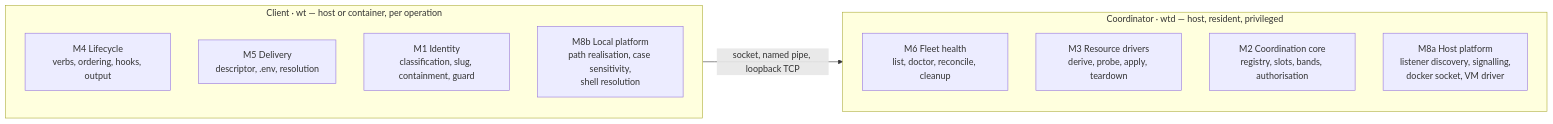
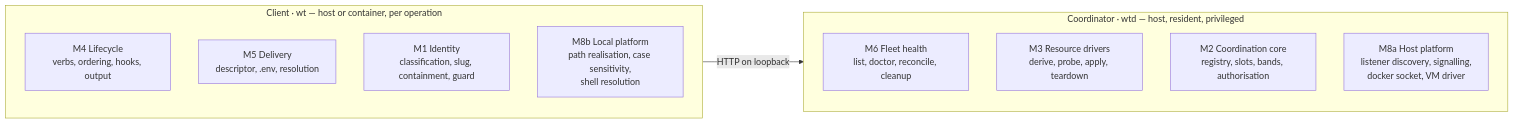
The second of 2 diagrams in docs/ARCHITECTURE.md (tinkerindustries/worktree-manager), drawn with Mermaid before and after one commit. The commit also changed other lines of this file and 8 other files, not shown here.

````diff
--- a/docs/ARCHITECTURE.md
+++ b/docs/ARCHITECTURE.md
@@ -170,16 +174,16 @@
 ```mermaid
 graph LR
     subgraph COORD["Coordinator · wtd — host, resident, privileged"]
         M6["M6 Fleet health<br/>list, doctor, reconcile, cleanup"]
         M3["M3 Resource drivers<br/>derive, probe, apply, teardown"]
         M2["M2 Coordination core<br/>registry, slots, bands, authorisation"]
         M8a["M8a Host platform<br/>listener discovery, signalling,<br/>docker socket, VM driver"]
     end
     subgraph CLIENT["Client · wt — host or container, per operation"]
         M4["M4 Lifecycle<br/>verbs, ordering, hooks, output"]
         M5["M5 Delivery<br/>descriptor, .env, resolution"]
         M1["M1 Identity<br/>classification, slug, containment, guard"]
         M8b["M8b Local platform<br/>path realisation, case sensitivity,<br/>shell resolution"]
     end
-    CLIENT -->|socket, named pipe, loopback TCP| COORD
+    CLIENT -->|HTTP on loopback| COORD
 ```
````
